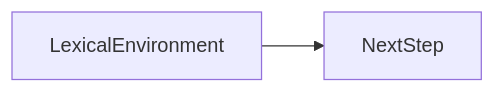
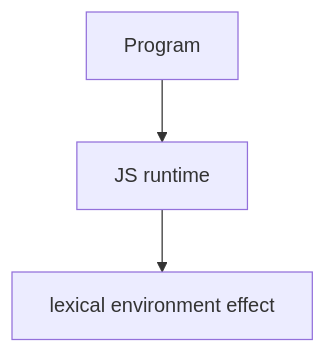
The second of 2 diagrams in docs/en/06-javascript/lexical-environment/index.md (OmidJavaherii/Frontend-Engineering-Handbook), drawn with Mermaid before and after one commit. The commit also changed other lines of this file and 461 other files, not shown here.

````diff
--- a/docs/en/06-javascript/lexical-environment/index.md
+++ b/docs/en/06-javascript/lexical-environment/index.md
@@ -95,4 +110,5 @@
 ```mermaid
-flowchart LR
-  concept[LexicalEnvironment] --> nextStep[NextStep]
+flowchart TD
+  Code[Program] --> Runtime[JS runtime]
+  Runtime --> Effect[lexical environment effect]
 ```
````
